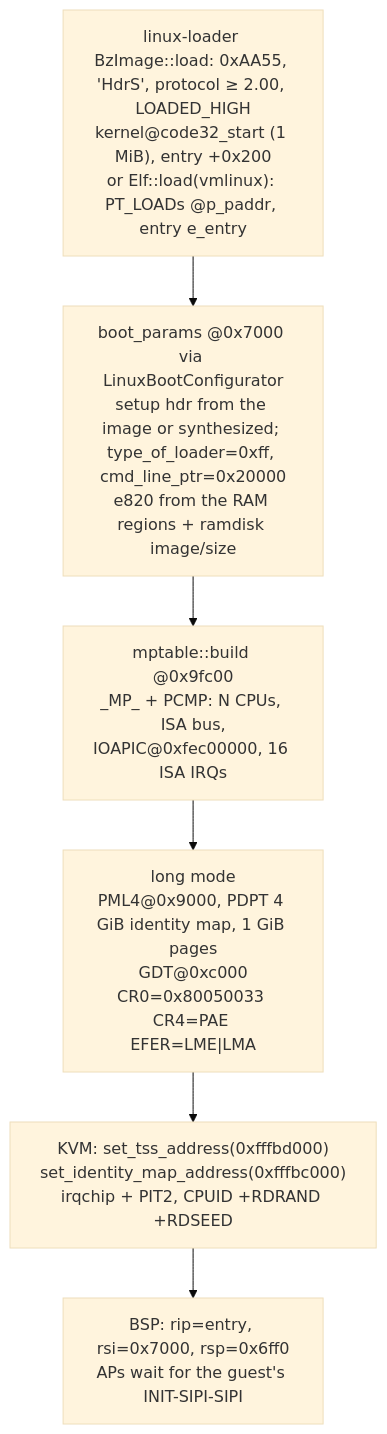
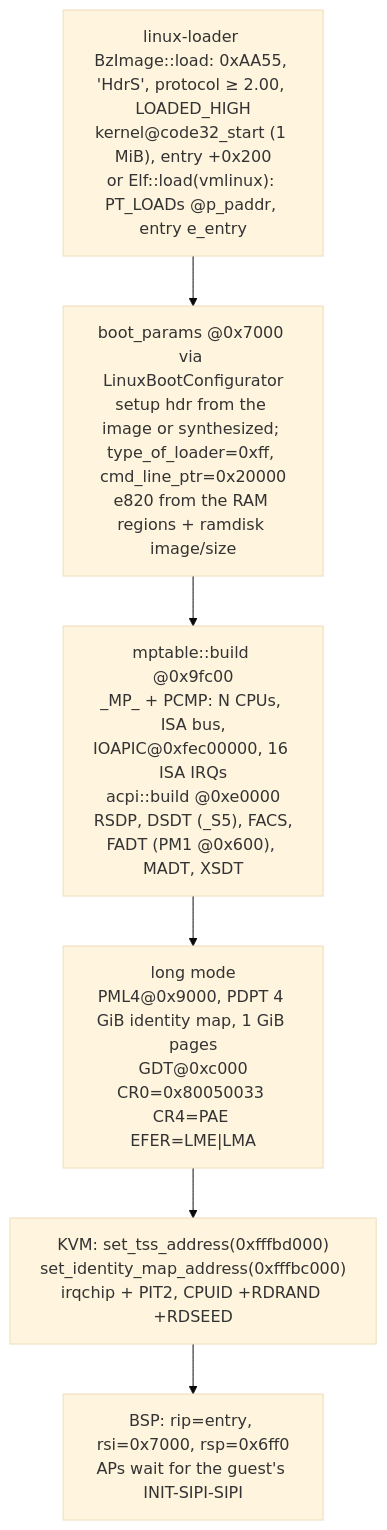
The third of 4 diagrams in docs/architecture.md (brig-sh/hvi-vmm), drawn with Mermaid (base theme) before and after one commit. The commit also changed other lines of this file and 18 other files, not shown here.

````diff
--- a/docs/architecture.md
+++ b/docs/architecture.md
@@ -256,9 +260,9 @@
 ```mermaid
 flowchart TB
     A["linux-loader BzImage::load: 0xAA55, 'HdrS', protocol ≥ 2.00, LOADED_HIGH<br/>kernel@code32_start (1 MiB), entry +0x200<br/>or Elf::load(vmlinux): PT_LOADs @p_paddr, entry e_entry"] --> B
     B["boot_params @0x7000 via LinuxBootConfigurator<br/>setup hdr from the image or synthesized; type_of_loader=0xff, cmd_line_ptr=0x20000<br/>e820 from the RAM regions + ramdisk image/size"] --> C
-    C["mptable::build @0x9fc00<br/>_MP_ + PCMP: N CPUs, ISA bus,<br/>IOAPIC@0xfec00000, 16 ISA IRQs"] --> D
+    C["mptable::build @0x9fc00<br/>_MP_ + PCMP: N CPUs, ISA bus,<br/>IOAPIC@0xfec00000, 16 ISA IRQs<br/>acpi::build @0xe0000<br/>RSDP, DSDT (_S5), FACS,<br/>FADT (PM1 @0x600), MADT, XSDT"] --> D
     D["long mode<br/>PML4@0x9000, PDPT 4 GiB identity map, 1 GiB pages<br/>GDT@0xc000<br/>CR0=0x80050033 CR4=PAE EFER=LME|LMA"] --> E
     E["KVM: set_tss_address(0xfffbd000)<br/>set_identity_map_address(0xfffbc000)<br/>irqchip + PIT2, CPUID +RDRAND +RDSEED"] --> F
     F["BSP: rip=entry, rsi=0x7000, rsp=0x6ff0<br/>APs wait for the guest's INIT-SIPI-SIPI"]
 ```
````
